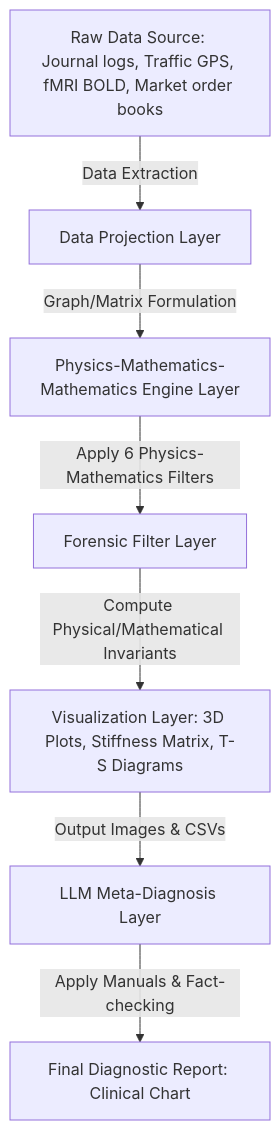
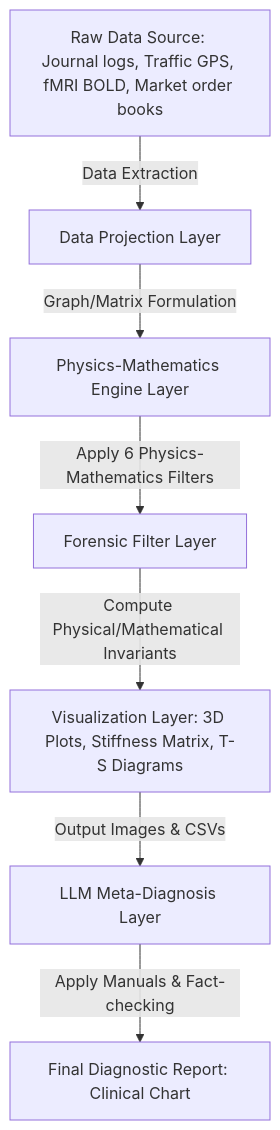
Before and after one commit to renpoo/TLU: the diagram in docs/02_System_Architecture_and_Operations.md, drawn with Mermaid. The commit also changed other lines of this file and 103 other files, not shown here.

````diff
--- a/docs/02_System_Architecture_and_Operations.md
+++ b/docs/02_System_Architecture_and_Operations.md
@@ -23,9 +23,9 @@
 ```mermaid
 graph TD
     A[Raw Data Source: Journal logs, Traffic GPS, fMRI BOLD, Market order books] -->|Data Extraction| B[Data Projection Layer]
-    B -->|Graph/Matrix Formulation| C[Physics-Mathematics-Mathematics Engine Layer]
+    B -->|Graph/Matrix Formulation| C[Physics-Mathematics Engine Layer]
     C -->|Apply 6 Physics-Mathematics Filters| D[Forensic Filter Layer]
     D -->|Compute Physical/Mathematical Invariants| E[Visualization Layer: 3D Plots, Stiffness Matrix, T-S Diagrams]
     E -->|Output Images & CSVs| F[LLM Meta-Diagnosis Layer]
     F -->|Apply Manuals & Fact-checking| G[Final Diagnostic Report: Clinical Chart]
 ```
````
